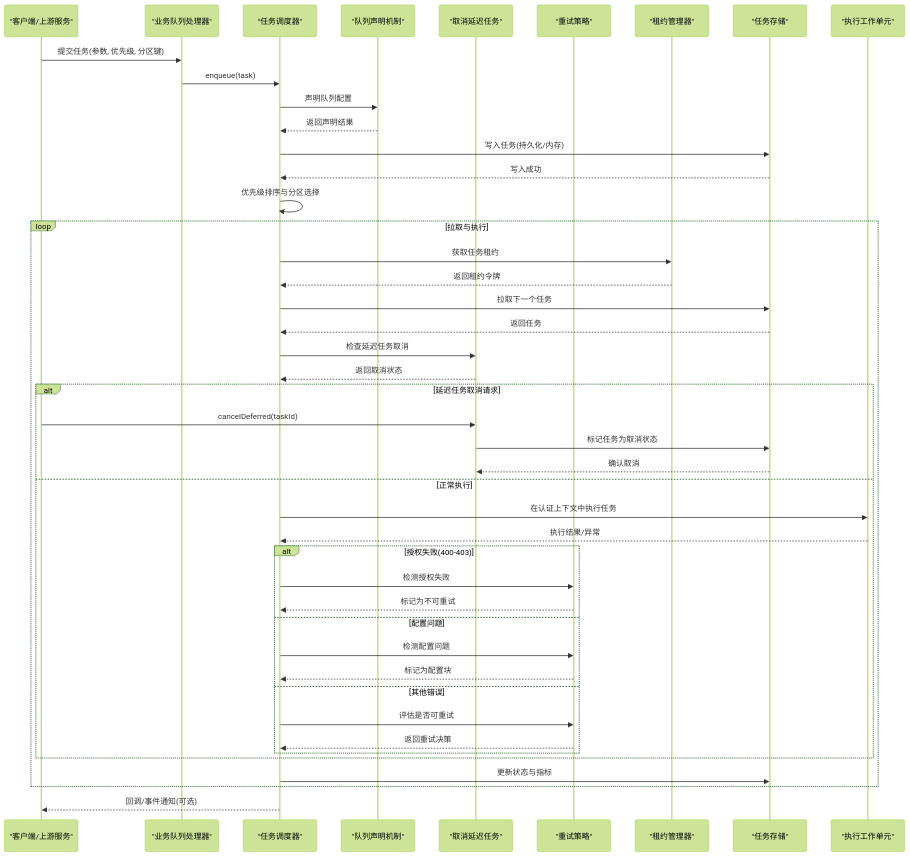
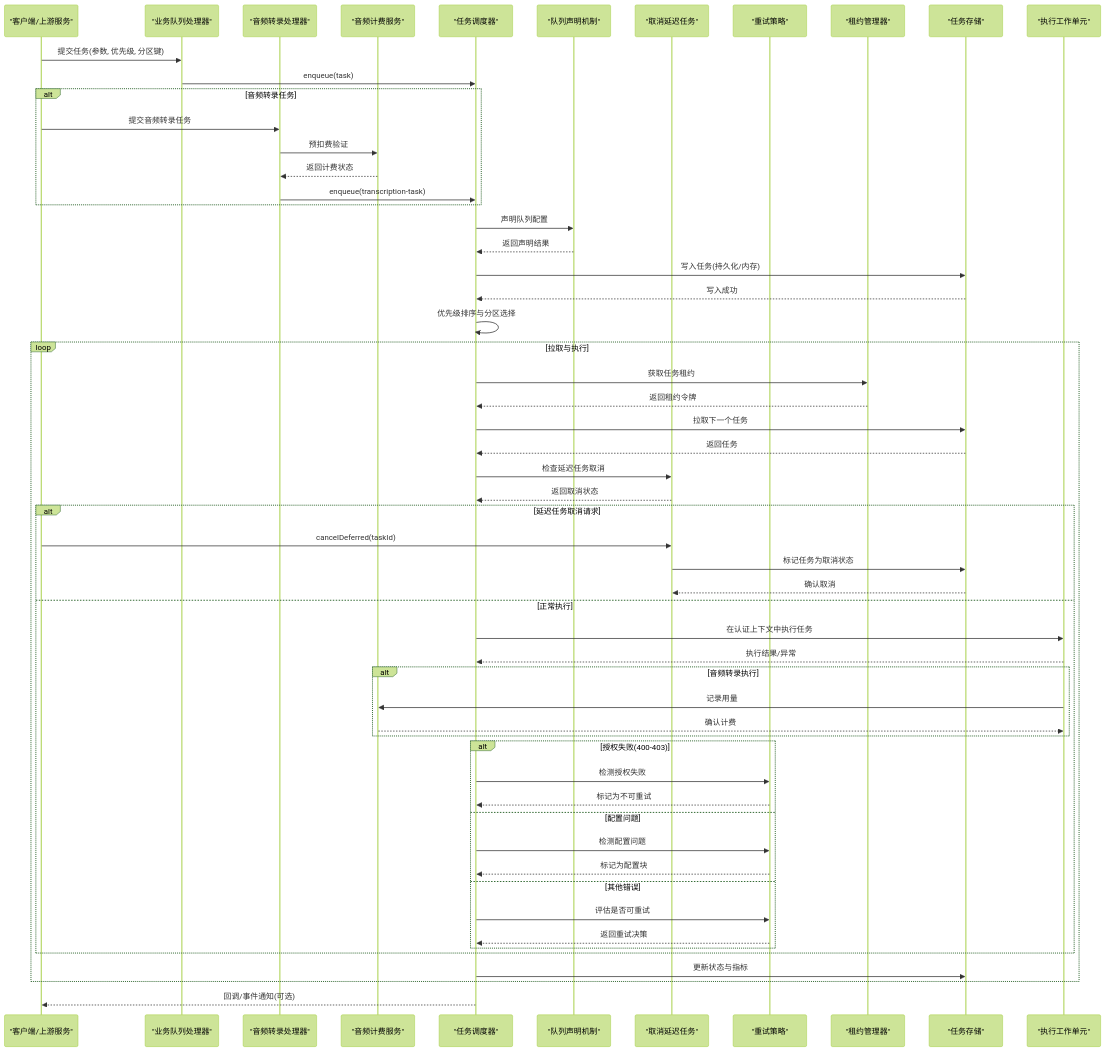
Before and after one commit to scottcwy/PurpleInk: the second of 4 diagrams in .qoder/repowiki/zh/content/后端架构/任务处理/作业队列系统.md, drawn with Mermaid (forest theme). The commit also changed other lines of this file and 29 other files, not shown here.

````diff
--- a/.qoder/repowiki/zh/content/后端架构/任务处理/作业队列系统.md
+++ b/.qoder/repowiki/zh/content/后端架构/任务处理/作业队列系统.md
@@ -153,47 +172,59 @@
 ```mermaid
 sequenceDiagram
 participant Client as "客户端/上游服务"
 participant Handler as "业务队列处理器"
+participant TranscriptionHandler as "音频转录处理器"
+participant BillingService as "音频计费服务"
 participant Runner as "任务调度器"
 participant QueueClaim as "队列声明机制"
 participant CancelDeferred as "取消延迟任务"
 participant RetryPolicy as "重试策略"
 participant Lease as "租约管理器"
 participant Store as "任务存储"
 participant Worker as "执行工作单元"
 Client->>Handler : 提交任务(参数, 优先级, 分区键)
 Handler->>Runner : enqueue(task)
+alt 音频转录任务
+Client->>TranscriptionHandler : 提交音频转录任务
+TranscriptionHandler->>BillingService : 预扣费验证
+BillingService-->>TranscriptionHandler : 返回计费状态
+TranscriptionHandler->>Runner : enqueue(transcription-task)
+end
 Runner->>QueueClaim : 声明队列配置
 QueueClaim-->>Runner : 返回声明结果
 Runner->>Store : 写入任务(持久化/内存)
 Store-->>Runner : 写入成功
 Runner->>Runner : 优先级排序与分区选择
 loop 拉取与执行
 Runner->>Lease : 获取任务租约
 Lease-->>Runner : 返回租约令牌
 Runner->>Store : 拉取下一个任务
 Store-->>Runner : 返回任务
 Runner->>CancelDeferred : 检查延迟任务取消
 CancelDeferred-->>Runner : 返回取消状态
 alt 延迟任务取消请求
 Client->>CancelDeferred : cancelDeferred(taskId)
 CancelDeferred->>Store : 标记任务为取消状态
 Store-->>CancelDeferred : 确认取消
 else 正常执行
 Runner->>Worker : 在认证上下文中执行任务
 Worker-->>Runner : 执行结果/异常
+alt 音频转录执行
+Worker->>BillingService : 记录用量
+BillingService-->>Worker : 确认计费
+end
 alt 授权失败(400-403)
 Runner->>RetryPolicy : 检测授权失败
 RetryPolicy-->>Runner : 标记为不可重试
 else 配置问题
 Runner->>RetryPolicy : 检测配置问题
 RetryPolicy-->>Runner : 标记为配置块
 else 其他错误
 Runner->>RetryPolicy : 评估是否可重试
 RetryPolicy-->>Runner : 返回重试决策
 end
 end
 Runner->>Store : 更新状态与指标
 end
 Runner-->>Client : 回调/事件通知(可选)
 ```
````
